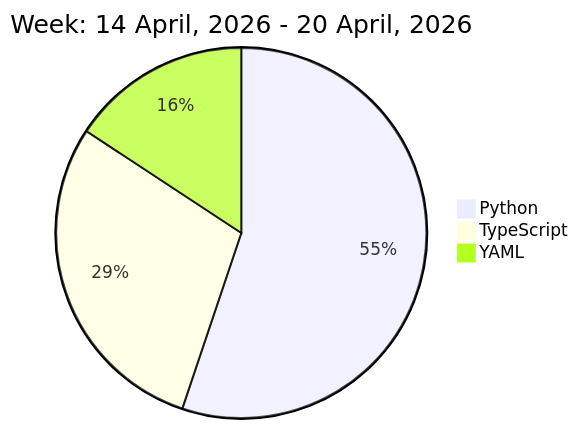
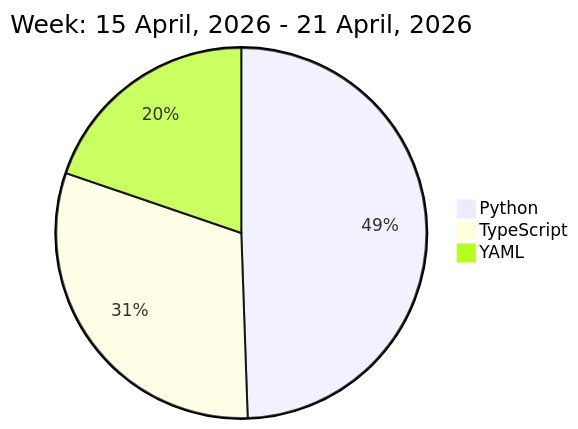
One commit to liubin95/liubin95 changed the diagram in README.md. Above: the diagram before and after it, drawn with Mermaid.

Commit message:
Updated the Graph with new Metrics

````diff
--- a/README.md
+++ b/README.md
@@ -32,7 +32,7 @@
 ```mermaid
  pie
-title Week: 14 April, 2026 - 20 April, 2026
- "Python" : 7.43
- "TypeScript" : 3.92
- "YAML" : 2.12
+title Week: 15 April, 2026 - 21 April, 2026
+ "Python" : 5.83
+ "TypeScript" : 3.63
+ "YAML" : 2.33
 ```
````
